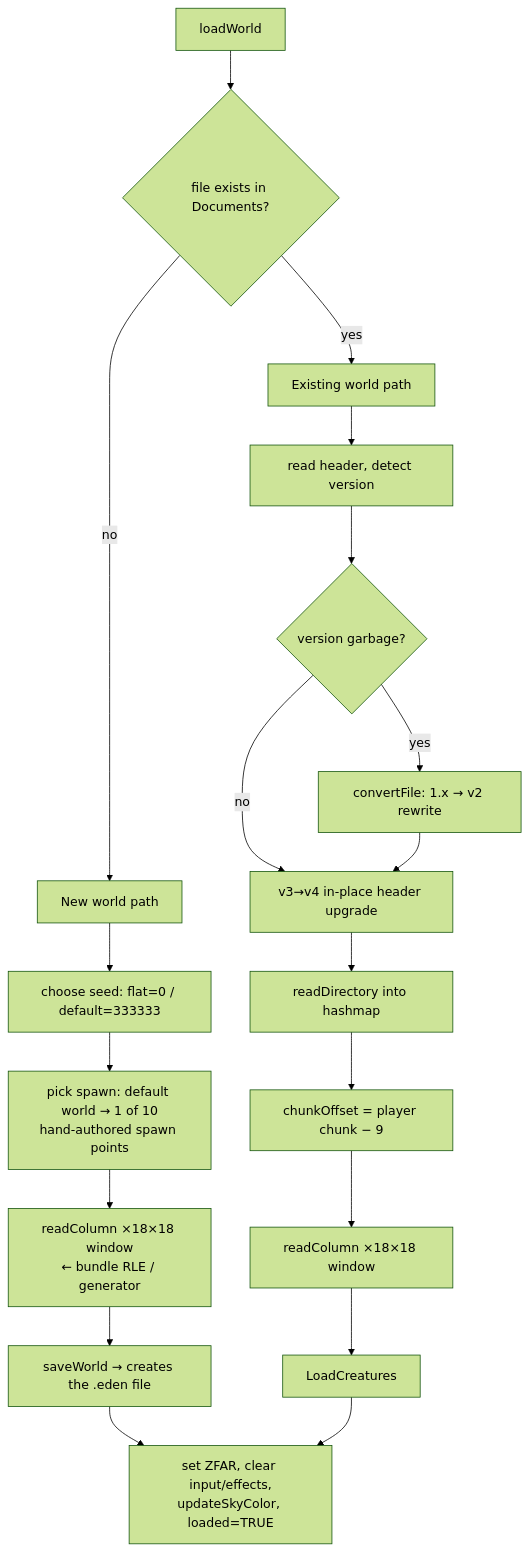
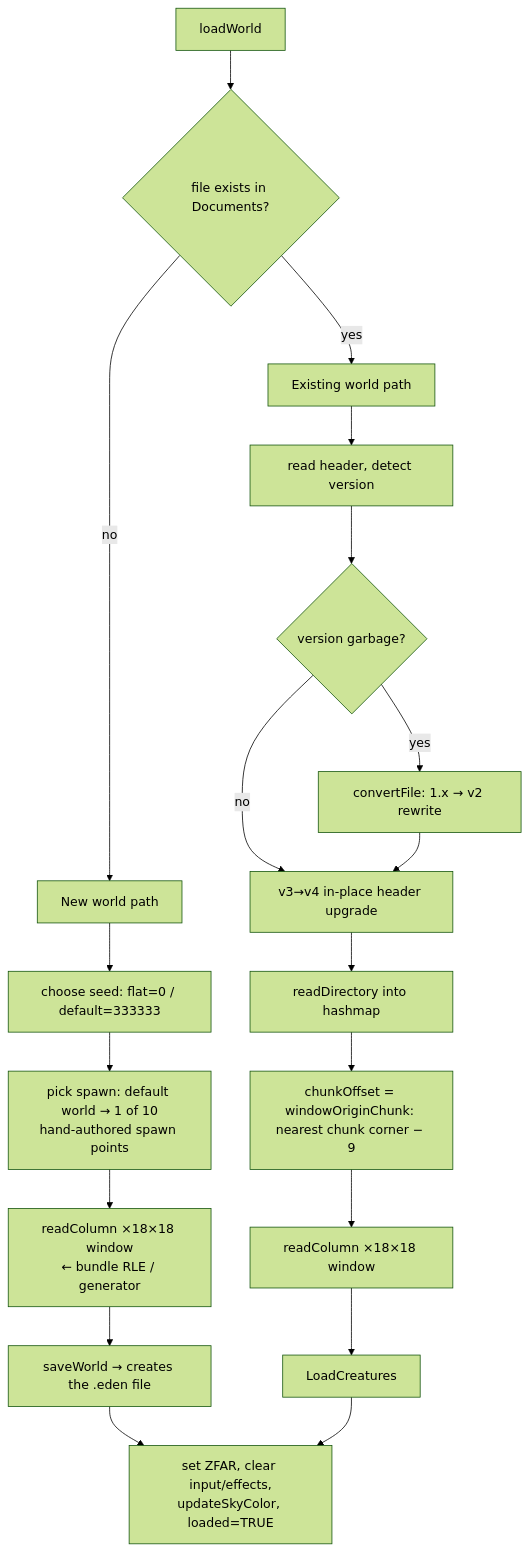
Before and after one commit to hagg3/edencom: the diagram in docs/save-load.md, drawn with Mermaid (forest theme). The commit also changed other lines of this file and 21 other files, not shown here.

````diff
--- a/docs/save-load.md
+++ b/docs/save-load.md
@@ -47,21 +47,21 @@
 ```mermaid
 flowchart TD
     A[loadWorld] --> B{file exists in Documents?}
     B -- no --> N[New world path]
     B -- yes --> E[Existing world path]
     N --> N1[choose seed: flat=0 / default=333333]
     N1 --> N2[pick spawn: default world → 1 of 10<br/>hand-authored spawn points]
     N2 --> N3[readColumn ×18×18 window<br/>← bundle RLE / generator]
     N3 --> N4[saveWorld → creates the .eden file]
     E --> E1[read header, detect version]
     E1 --> E2{version garbage?}
     E2 -- yes --> E3[convertFile: 1.x → v2 rewrite]
     E2 -- no --> E4[v3→v4 in-place header upgrade]
     E3 --> E4
     E4 --> E5[readDirectory into hashmap]
-    E5 --> E6[chunkOffset = player chunk − 9]
+    E5 --> E6[chunkOffset = windowOriginChunk: nearest chunk corner − 9]
     E6 --> E7[readColumn ×18×18 window]
     E7 --> E8[LoadCreatures]
     N4 --> Z[set ZFAR, clear input/effects,<br/>updateSkyColor, loaded=TRUE]
     E8 --> Z
 ```
````
